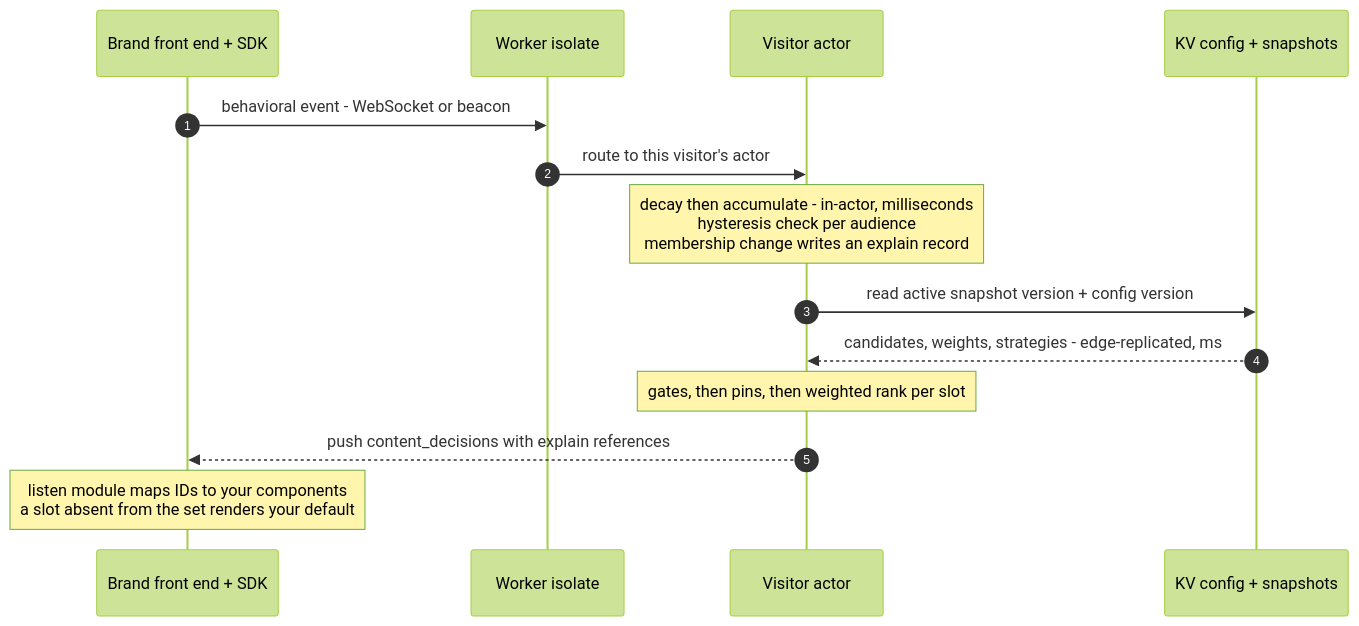
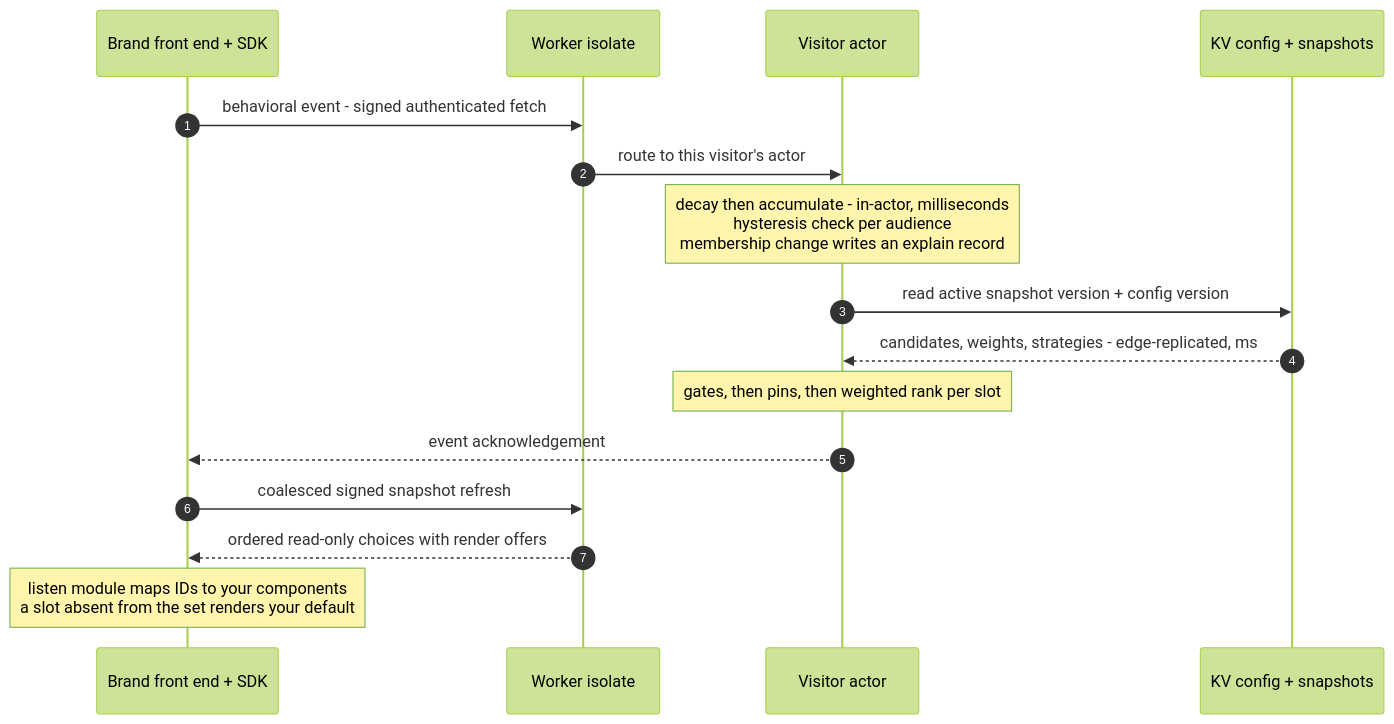
The third of 4 diagrams in docs/Tapestry-BTI-System-Architecture.md (simone-coelho/__cloudflare_base), drawn with Mermaid (forest theme) before and after one commit. The commit also changed other lines of this file and 1150 other files, not shown here.

````diff
--- a/docs/Tapestry-BTI-System-Architecture.md
+++ b/docs/Tapestry-BTI-System-Architecture.md
@@ -203,16 +203,18 @@
 ```mermaid
 sequenceDiagram
     autonumber
     participant B as Brand front end + SDK
     participant W as Worker isolate
     participant A as Visitor actor
     participant K as KV config + snapshots
-    B->>W: behavioral event - WebSocket or beacon
+    B->>W: behavioral event - signed authenticated fetch
     W->>A: route to this visitor's actor
     Note over A: decay then accumulate - in-actor, milliseconds<br/>hysteresis check per audience<br/>membership change writes an explain record
     A->>K: read active snapshot version + config version
     K-->>A: candidates, weights, strategies - edge-replicated, ms
     Note over A: gates, then pins, then weighted rank per slot
-    A-->>B: push content_decisions with explain references
+    A-->>B: event acknowledgement
+    B->>W: coalesced signed snapshot refresh
+    W-->>B: ordered read-only choices with render offers
     Note over B: listen module maps IDs to your components<br/>a slot absent from the set renders your default
 ```
````
